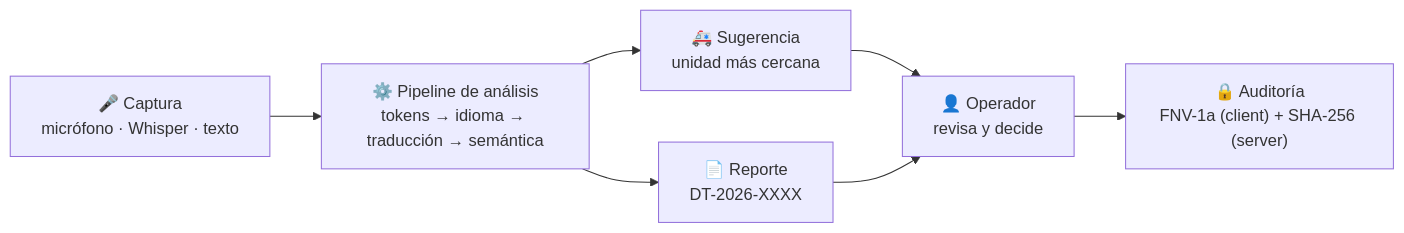
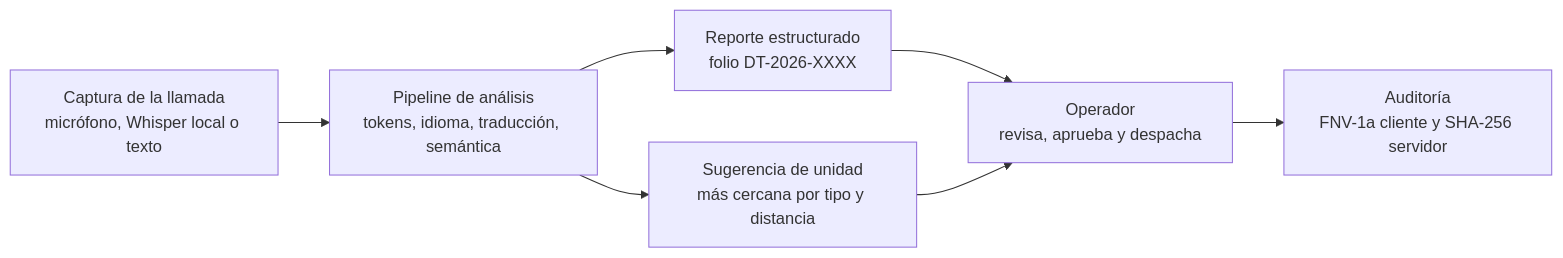
The first of 2 diagrams in README.md (VictorMBojorquez/drivetec), drawn with Mermaid before and after one commit. The commit also changed other lines of this file, not shown here.

Commit message:
docs: README formal sin emojis con diagramas mermaid robustos (pipeline y ciclo de vida), registro en resumido y estructura academica

````diff
--- a/README.md
+++ b/README.md
@@ -30,9 +48,9 @@
 ```mermaid
 flowchart LR
-    A["🎤 Captura<br>micrófono · Whisper · texto"] --> B["⚙️ Pipeline de análisis<br>tokens → idioma → traducción → semántica"]
-    B --> C["📄 Reporte<br>DT-2026-XXXX"]
-    B --> D["🚑 Sugerencia<br>unidad más cercana"]
-    D --> O["👤 Operador<br>revisa y decide"]
-    C --> O
-    O --> E["🔒 Auditoría<br>FNV-1a (client) + SHA-256 (server)"]
+    A["Captura de la llamada<br>micrófono, Whisper local o texto"] --> B["Pipeline de análisis<br>tokens, idioma, traducción, semántica"]
+    B --> C["Reporte estructurado<br>folio DT-2026-XXXX"]
+    B --> D["Sugerencia de unidad<br>más cercana por tipo y distancia"]
+    C --> O["Operador<br>revisa, aprueba y despacha"]
+    D --> O
+    O --> E["Auditoría<br>FNV-1a cliente y SHA-256 servidor"]
 ```
````
